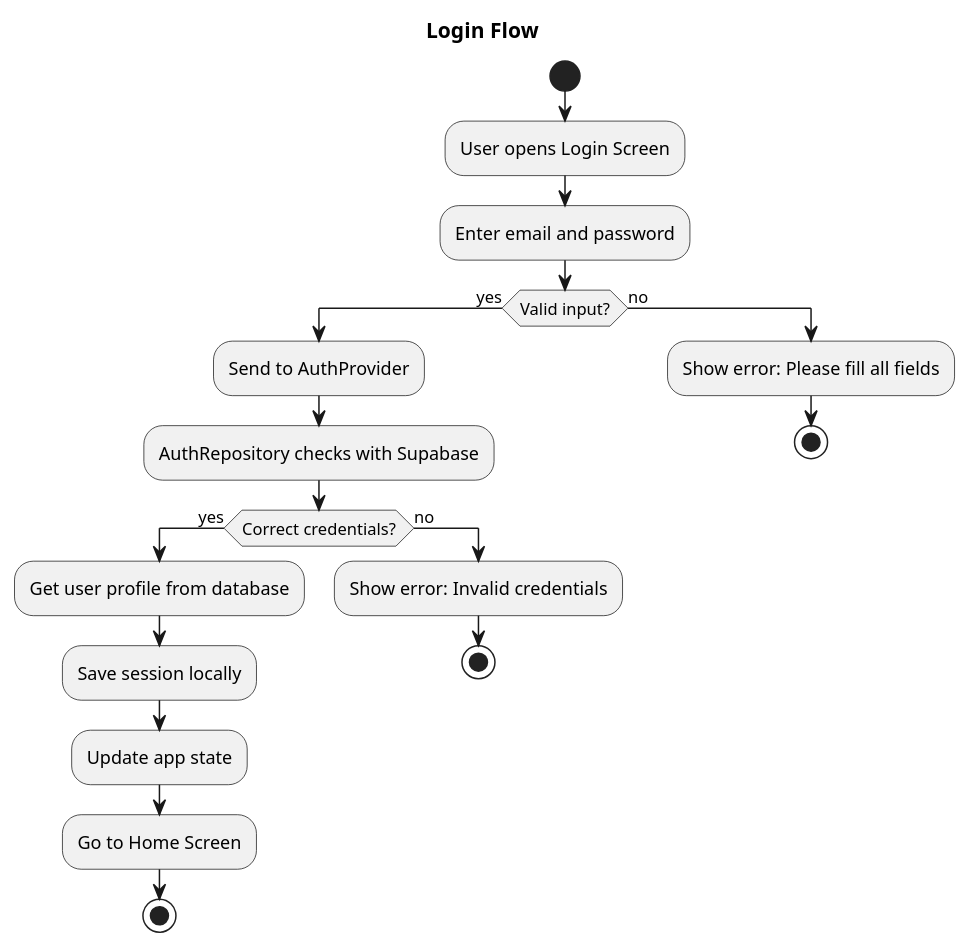
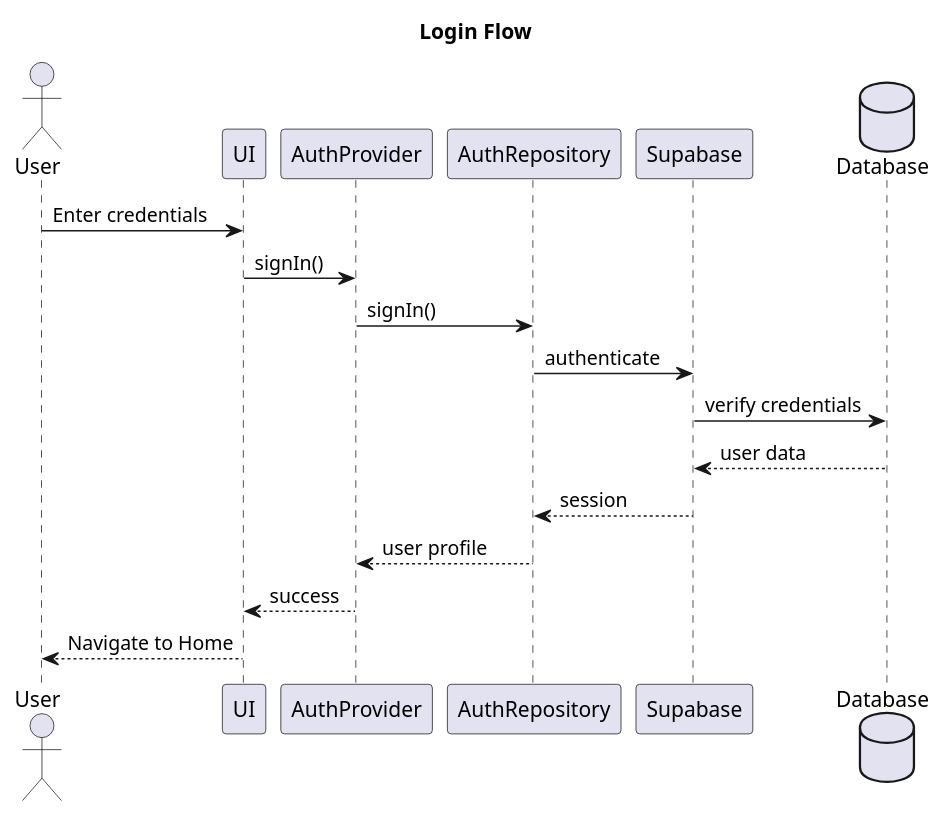
One commit to umeshwayakole27/campus_connect_fl changed the fourth of 7 diagrams in uml-diagrams.md. Above: the diagram before and after it, drawn with PlantUML. The commit also changed other lines of this file and 2 other files, not shown here.

First line of the commit message:
fix: Optimize profile picture upload and fix crop screen overlay

````diff
--- a/uml-diagrams.md
+++ b/uml-diagrams.md
@@ -393,38 +218,24 @@
 ```plantuml
 @startuml
 title Login Flow
 
-start
+actor User
+participant UI
+participant AuthProvider
+participant AuthRepository
+participant Supabase
+database Database
 
-:User opens Login Screen;
-
-:Enter email and password;
-
-if (Valid input?) then (yes)
-  :Send to AuthProvider;
-  
-  :AuthRepository checks with Supabase;
-  
-  if (Correct credentials?) then (yes)
-    :Get user profile from database;
-    
-    :Save session locally;
-    
-    :Update app state;
-    
-    :Go to Home Screen;
-    
-    stop
-    
-  else (no)
-    :Show error: Invalid credentials;
-    stop
-  endif
-  
-else (no)
-  :Show error: Please fill all fields;
-  stop
-endif
+User -> UI : Enter credentials
+UI -> AuthProvider : signIn()
+AuthProvider -> AuthRepository : signIn()
+AuthRepository -> Supabase : authenticate
+Supabase -> Database : verify credentials
+Database --> Supabase : user data
+Supabase --> AuthRepository : session
+AuthRepository --> AuthProvider : user profile
+AuthProvider --> UI : success
+UI --> User : Navigate to Home
 
 @enduml
 ```
````
